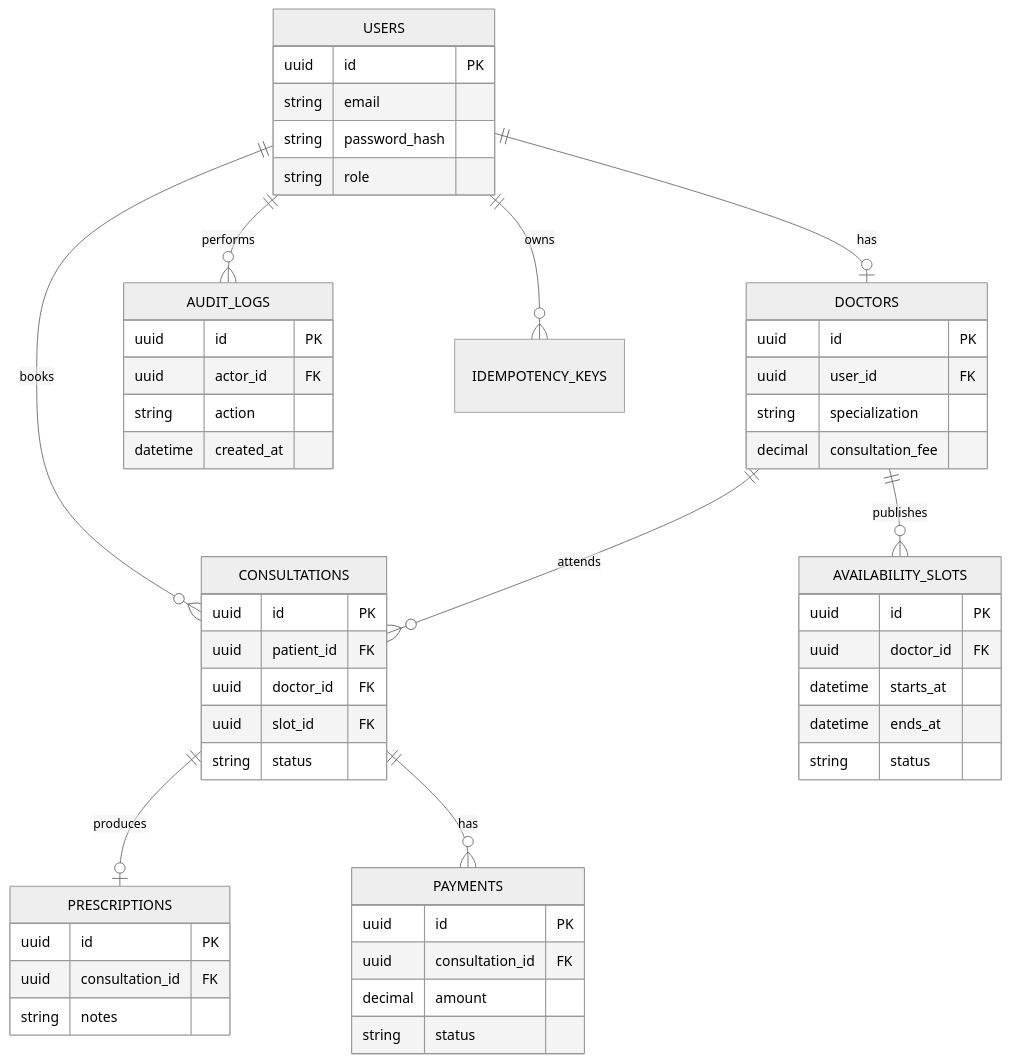
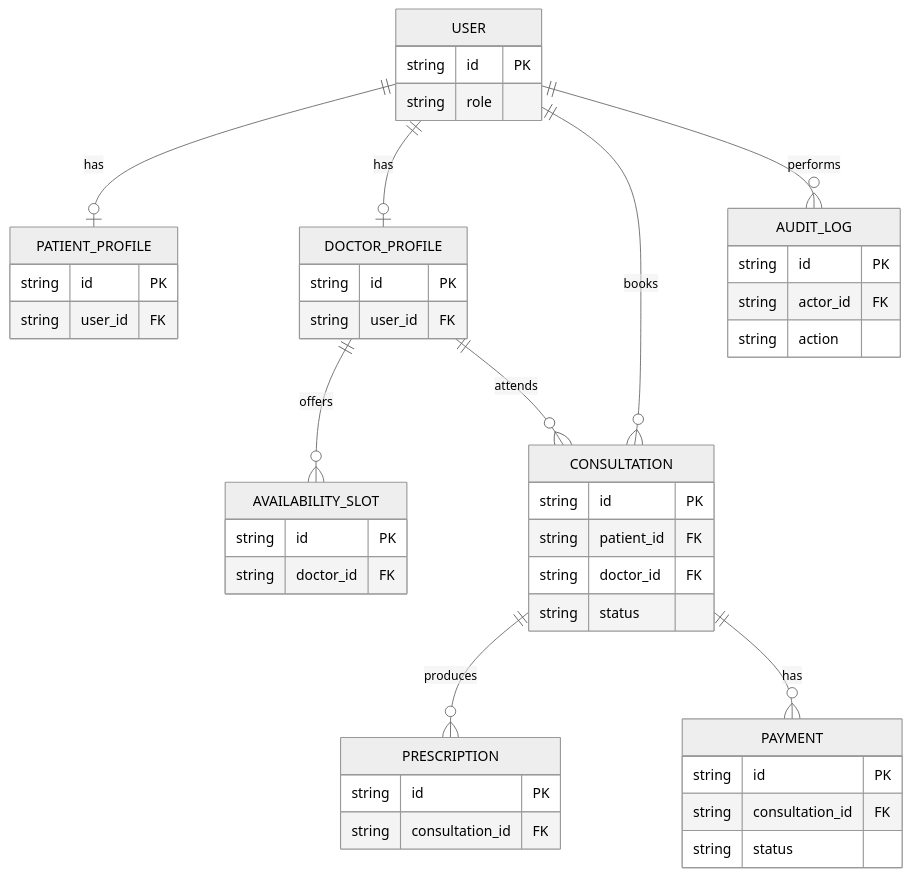
The third of 3 diagrams in docs/architecture.md (ashishmishra4444/amrutam-telemedicine-backend), drawn with Mermaid (neutral theme) before and after one commit. The commit also changed other lines of this file and 2 other files, not shown here.

Commit message:
docs: update architecture, security, and OpenAPI specifications

````diff
--- a/docs/architecture.md
+++ b/docs/architecture.md
@@ -113,55 +174,55 @@
 ```mermaid
 erDiagram
-    USERS ||--o| DOCTORS : has
-    USERS ||--o{ CONSULTATIONS : books
-    DOCTORS ||--o{ AVAILABILITY_SLOTS : publishes
-    DOCTORS ||--o{ CONSULTATIONS : attends
-    CONSULTATIONS ||--o| PRESCRIPTIONS : produces
-    CONSULTATIONS ||--o{ PAYMENTS : has
-    USERS ||--o{ AUDIT_LOGS : performs
-    USERS ||--o{ IDEMPOTENCY_KEYS : owns
+    USER ||--o| PATIENT_PROFILE : has
+    USER ||--o| DOCTOR_PROFILE : has
+    DOCTOR_PROFILE ||--o{ AVAILABILITY_SLOT : offers
+    USER ||--o{ CONSULTATION : books
+    DOCTOR_PROFILE ||--o{ CONSULTATION : attends
+    CONSULTATION ||--o{ PRESCRIPTION : produces
+    CONSULTATION ||--o{ PAYMENT : has
+    USER ||--o{ AUDIT_LOG : performs
 
-    USERS {
-        uuid id PK
-        string email
-        string password_hash
+    USER {
+        string id PK
         string role
     }
-    DOCTORS {
-        uuid id PK
-        uuid user_id FK
-        string specialization
-        decimal consultation_fee
+
+    PATIENT_PROFILE {
+        string id PK
+        string user_id FK
     }
-    AVAILABILITY_SLOTS {
-        uuid id PK
-        uuid doctor_id FK
-        datetime starts_at
-        datetime ends_at
+
+    DOCTOR_PROFILE {
+        string id PK
+        string user_id FK
+    }
+
+    AVAILABILITY_SLOT {
+        string id PK
+        string doctor_id FK
+    }
+
+    CONSULTATION {
+        string id PK
+        string patient_id FK
+        string doctor_id FK
         string status
     }
-    CONSULTATIONS {
-        uuid id PK
-        uuid patient_id FK
-        uuid doctor_id FK
-        uuid slot_id FK
+
+    PRESCRIPTION {
+        string id PK
+        string consultation_id FK
+    }
+
+    PAYMENT {
+        string id PK
+        string consultation_id FK
         string status
     }
-    PRESCRIPTIONS {
-        uuid id PK
-        uuid consultation_id FK
-        string notes
-    }
-    PAYMENTS {
-        uuid id PK
-        uuid consultation_id FK
-        decimal amount
-        string status
-    }
-    AUDIT_LOGS {
-        uuid id PK
-        uuid actor_id FK
+
+    AUDIT_LOG {
+        string id PK
+        string actor_id FK
         string action
-        datetime created_at
     }
 ```
````
